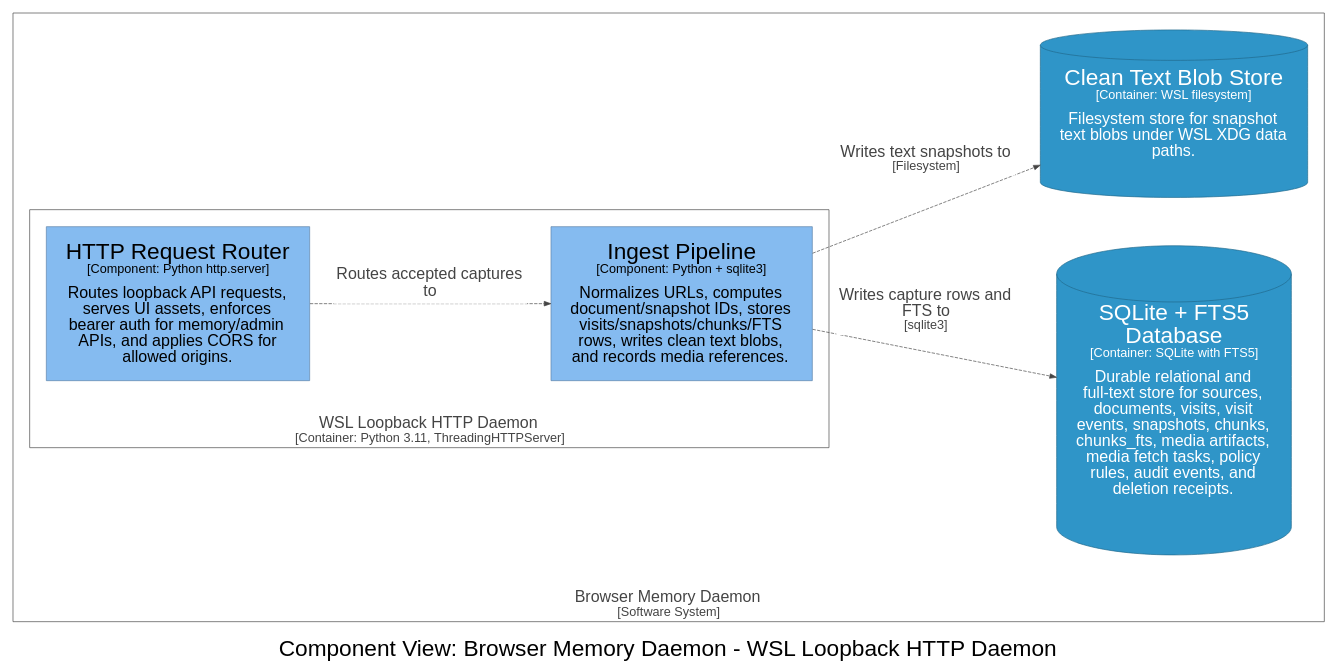
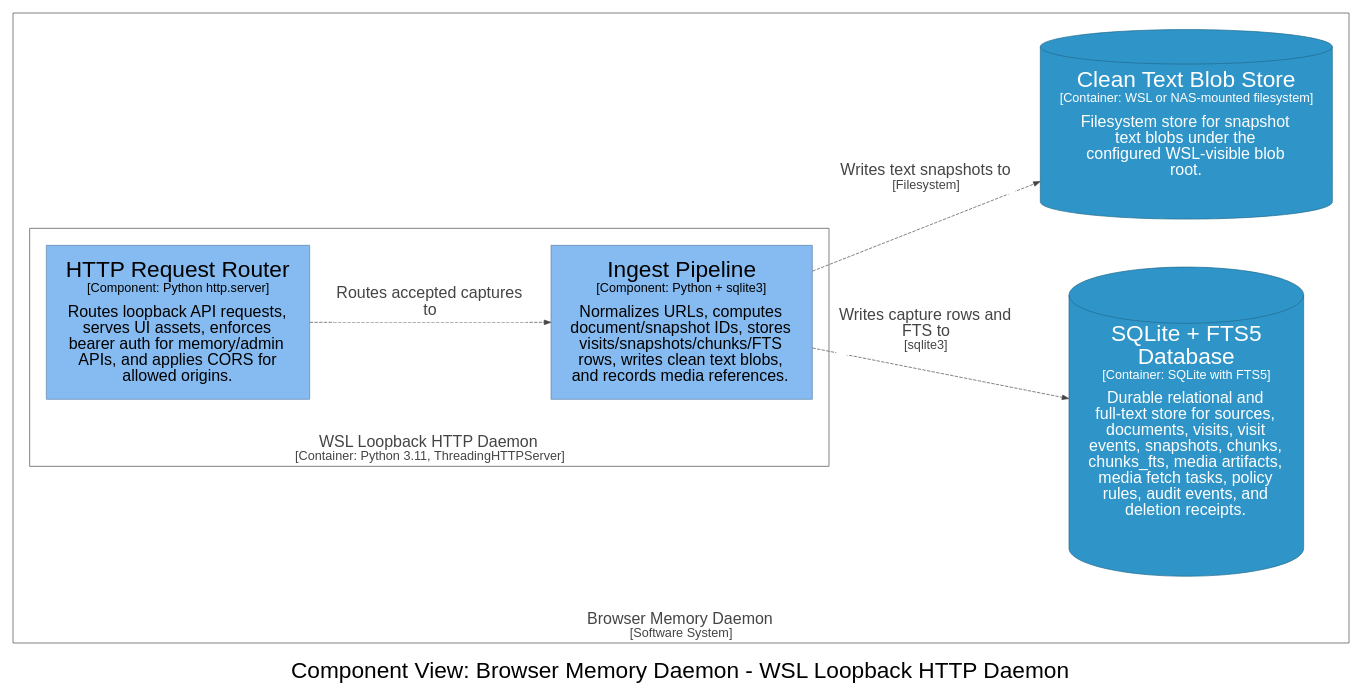
The diagram in docs/architecture/diagrams/dot/structurizr-DaemonIngestComponents.dot (michaelnicks0/browser-memory-daemon), drawn with Graphviz before and after one commit. The commit also changed 148 other files, not shown here.

Commit message:
feat: support NAS-backed blob root

```diff
--- a/docs/architecture/diagrams/dot/structurizr-DaemonIngestComponents.dot
+++ b/docs/architecture/diagrams/dot/structurizr-DaemonIngestComponents.dot
@@ -1,36 +1,36 @@
 digraph {
   compound=true
   graph [fontname="Arial", rankdir=LR, ranksep=1.0, nodesep=1.0]
   node [fontname="Arial", shape=box, margin="0.4,0.3"]
   edge [fontname="Arial"]
   label=<<br /><font point-size="34">Component View: Browser Memory Daemon - WSL Loopback HTTP Daemon</font>>
 
   subgraph cluster_4 {
     margin=25
     label=<<font point-size="24"><br />Browser Memory Daemon</font><br /><font point-size="19">[Software System]</font>>
     labelloc=b
     color="#444444"
     fontcolor="#444444"
     fillcolor="#444444"
 
     subgraph cluster_14 {
       margin=25
       label=<<font point-size="24"><br />WSL Loopback HTTP Daemon</font><br /><font point-size="19">[Container: Python 3.11, ThreadingHTTPServer]</font>>
       labelloc=b
       color="#444444"
       fontcolor="#444444"
       fillcolor="#444444"
 
       15 [id=15,shape=rect, label=<<font point-size="34">HTTP Request Router</font><br /><font point-size="19">[Component: Python http.server]</font><br /><br /><font point-size="24">Routes loopback API requests,<br />serves UI assets, enforces<br />bearer auth for memory/admin<br />APIs, and applies CORS for<br />allowed origins.</font>>, style=filled, color="#5d82a8", fillcolor="#85bbf0", fontcolor="#000000"]
       18 [id=18,shape=rect, label=<<font point-size="34">Ingest Pipeline</font><br /><font point-size="19">[Component: Python + sqlite3]</font><br /><br /><font point-size="24">Normalizes URLs, computes<br />document/snapshot IDs, stores<br />visits/snapshots/chunks/FTS<br />rows, writes clean text blobs,<br />and records media references.</font>>, style=filled, color="#5d82a8", fillcolor="#85bbf0", fontcolor="#000000"]
     }
 
     27 [id=27,shape=cylinder, label=<<font point-size="34">SQLite + FTS5<br />Database</font><br /><font point-size="19">[Container: SQLite with FTS5]</font><br /><br /><font point-size="24">Durable relational and<br />full-text store for sources,<br />documents, visits, visit<br />events, snapshots, chunks,<br />chunks_fts, media artifacts,<br />media fetch tasks, policy<br />rules, audit events, and<br />deletion receipts.</font>>, style=filled, color="#20688c", fillcolor="#2f95c8", fontcolor="#ffffff"]
-    28 [id=28,shape=cylinder, label=<<font point-size="34">Clean Text Blob Store</font><br /><font point-size="19">[Container: WSL filesystem]</font><br /><br /><font point-size="24">Filesystem store for snapshot<br />text blobs under WSL XDG data<br />paths.</font>>, style=filled, color="#20688c", fillcolor="#2f95c8", fontcolor="#ffffff"]
+    28 [id=28,shape=cylinder, label=<<font point-size="34">Clean Text Blob Store</font><br /><font point-size="19">[Container: WSL or NAS-mounted filesystem]</font><br /><br /><font point-size="24">Filesystem store for snapshot<br />text blobs under the<br />configured WSL-visible blob<br />root.</font>>, style=filled, color="#20688c", fillcolor="#2f95c8", fontcolor="#ffffff"]
   }
 
   15 -> 18 [id=63, label=<<TABLE BORDER="0" CELLBORDER="0" CELLSPACING="0" CELLPADDING="4" BGCOLOR="white"><TR><TD><font point-size="24">Routes accepted captures<br />to</font></TD></TR></TABLE>>, style="dashed", color="#444444", fontcolor="#444444"]
   18 -> 27 [id=70, label=<<TABLE BORDER="0" CELLBORDER="0" CELLSPACING="0" CELLPADDING="4" BGCOLOR="white"><TR><TD><font point-size="24">Writes capture rows and<br />FTS to</font><br /><font point-size="19">[sqlite3]</font></TD></TR></TABLE>>, style="dashed", color="#444444", fontcolor="#444444"]
   18 -> 28 [id=71, label=<<TABLE BORDER="0" CELLBORDER="0" CELLSPACING="0" CELLPADDING="4" BGCOLOR="white"><TR><TD><font point-size="24">Writes text snapshots to</font><br /><font point-size="19">[Filesystem]</font></TD></TR></TABLE>>, style="dashed", color="#444444", fontcolor="#444444"]
 
 }
```
